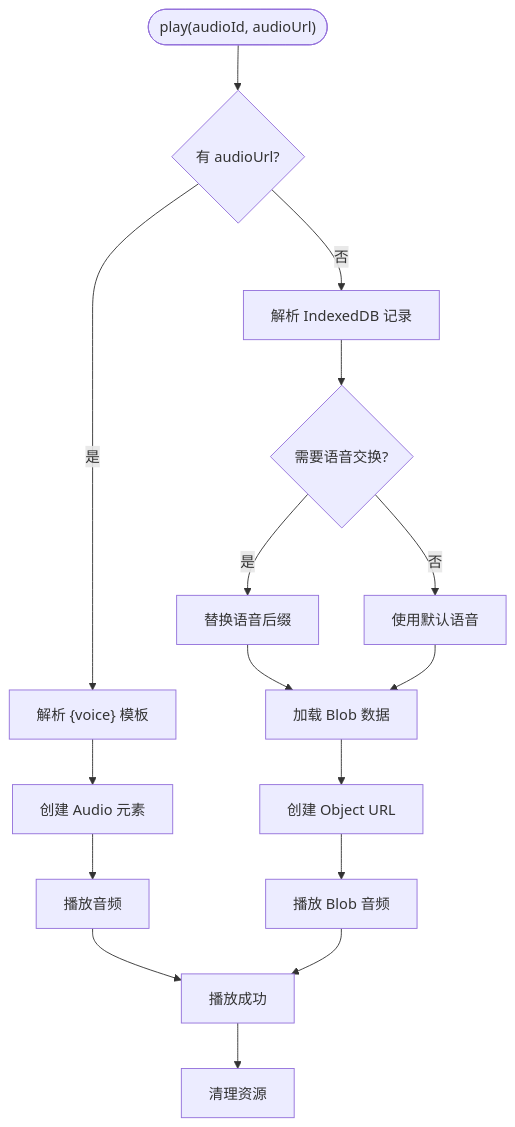
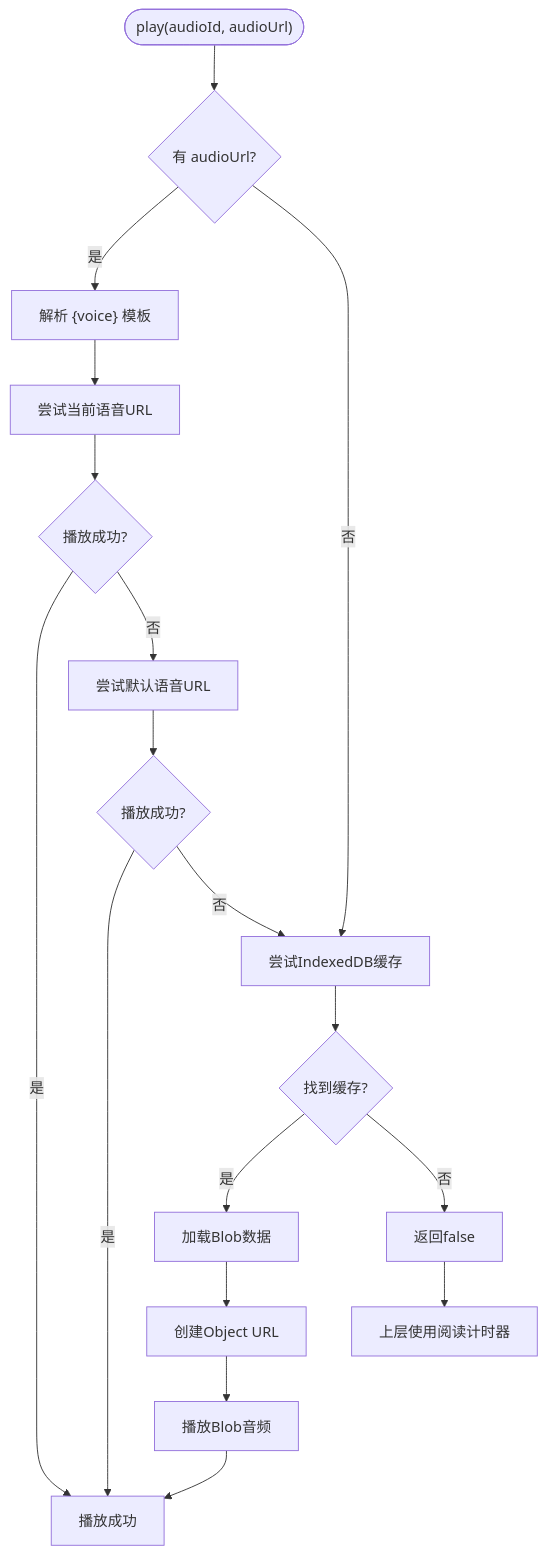
Before and after one commit to huangboheng/OpenMAIC: the ninth of 14 diagrams in .qoder/repowiki/zh/content/核心功能/播放引擎/播放引擎.md, drawn with Mermaid. The commit also changed other lines of this file and 5 other files, not shown here.

````diff
--- a/.qoder/repowiki/zh/content/核心功能/播放引擎/播放引擎.md
+++ b/.qoder/repowiki/zh/content/核心功能/播放引擎/播放引擎.md
@@ -568,18 +578,20 @@
 ```mermaid
 flowchart TD
 Play(["play(audioId, audioUrl)"]) --> CheckUrl{"有 audioUrl?"}
 CheckUrl --> |是| ResolveTemplate["解析 {voice} 模板"]
-ResolveTemplate --> CreateAudio["创建 Audio 元素"]
-CreateAudio --> PlayAudio["播放音频"]
-CheckUrl --> |否| ResolveDB["解析 IndexedDB 记录"]
-ResolveDB --> VoiceSwap{"需要语音交换?"}
-VoiceSwap --> |是| SwapVoice["替换语音后缀"]
-VoiceSwap --> |否| UseDefault["使用默认语音"]
-SwapVoice --> LoadBlob["加载 Blob 数据"]
-UseDefault --> LoadBlob
-LoadBlob --> CreateObjectURL["创建 Object URL"]
-CreateObjectURL --> PlayBlob["播放 Blob 音频"]
-PlayAudio --> Success["播放成功"]
+ResolveTemplate --> TryCurrent["尝试当前语音URL"]
+TryCurrent --> CurrentSuccess{"播放成功?"}
+CurrentSuccess --> |是| Success["播放成功"]
+CurrentSuccess --> |否| TryDefault["尝试默认语音URL"]
+TryDefault --> DefaultSuccess{"播放成功?"}
+DefaultSuccess --> |是| Success
+DefaultSuccess --> |否| TryIndexedDB["尝试IndexedDB缓存"]
+CheckUrl --> |否| TryIndexedDB
+TryIndexedDB --> DBSuccess{"找到缓存?"}
+DBSuccess --> |是| LoadBlob["加载Blob数据"]
+DBSuccess --> |否| ReturnFalse["返回false"]
+LoadBlob --> CreateObjectURL["创建Object URL"]
+CreateObjectURL --> PlayBlob["播放Blob音频"]
 PlayBlob --> Success
-Success --> Cleanup["清理资源"]
+ReturnFalse --> Fallback["上层使用阅读计时器"]
 ```
````
